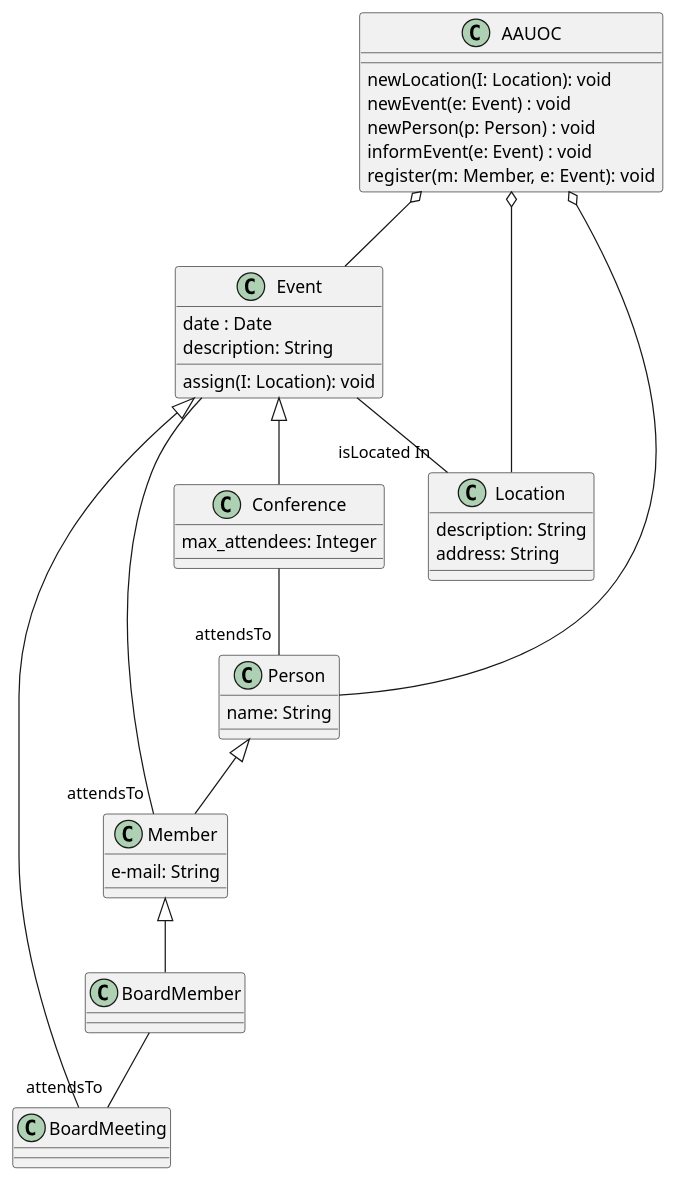
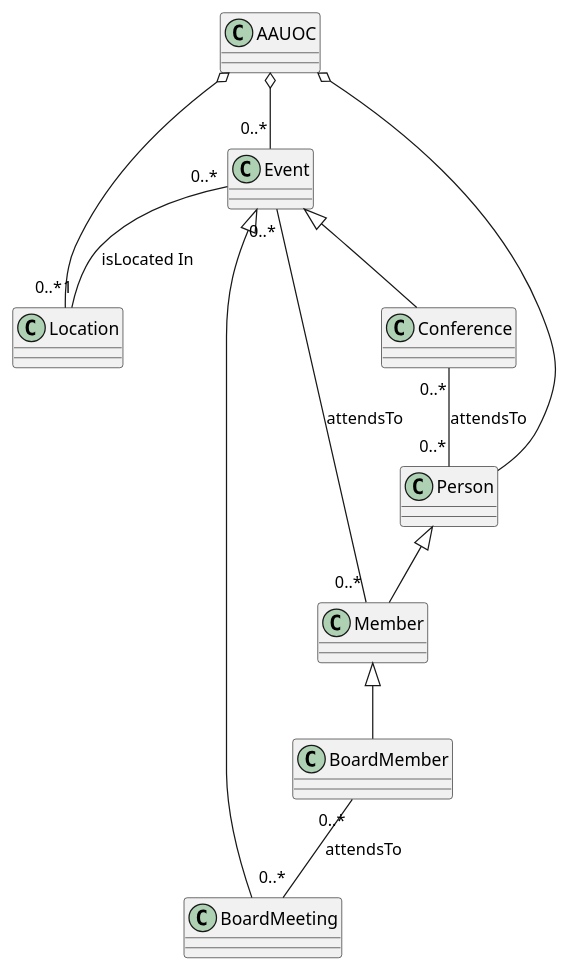
The diagram in src/Test.puml (frariqsan/UMLClasesFranciscoJavier), drawn with PlantUML before and after one commit.

Commit message:
ADD: Cardinality

```diff
--- a/src/Test.puml
+++ b/src/Test.puml
@@ -1,48 +1,24 @@
 @startuml
 class Member
 class BoardMember
 class Event
 class Conference
 class BoardMeeting
 class Location
 class Person
 class AAUOC
 Event <|-- Conference
 Event <|-- BoardMeeting
 Member <|-- BoardMember
 Person <|-- Member
 AAUOC o-- Person
-AAUOC o-- Event
-AAUOC o-- Location
-Event -- "isLocated In" Location
-Event -- "attendsTo" Member
-BoardMember -- "attendsTo" BoardMeeting
-Conference -- "attendsTo" Person
-class Location{
-description: String
-address: String
-}
-class Event{
-date : Date
-description: String
-assign(I: Location): void
-}
-class Person{
-name: String
-}
-class Member{
-e-mail: String
-}
-class Conference{
-max_attendees: Integer
-}
-class AAUOC{
-newLocation(I: Location): void
-newEvent(e: Event) : void
-newPerson(p: Person) : void
-informEvent(e: Event) : void
-register(m: Member, e: Event): void
-}
+AAUOC o-- "0..*" Event
+AAUOC o--"0..*" Location
+Event "0..*" --"1" Location : isLocated In
+Event "0..*"-- "0..*" Member : attendsTo
+BoardMember"0..*" -- "0..*" BoardMeeting:attendsTo
+Conference "0..*" -- "0..*" Person:attendsTo
+
 
 
 @enduml
```
